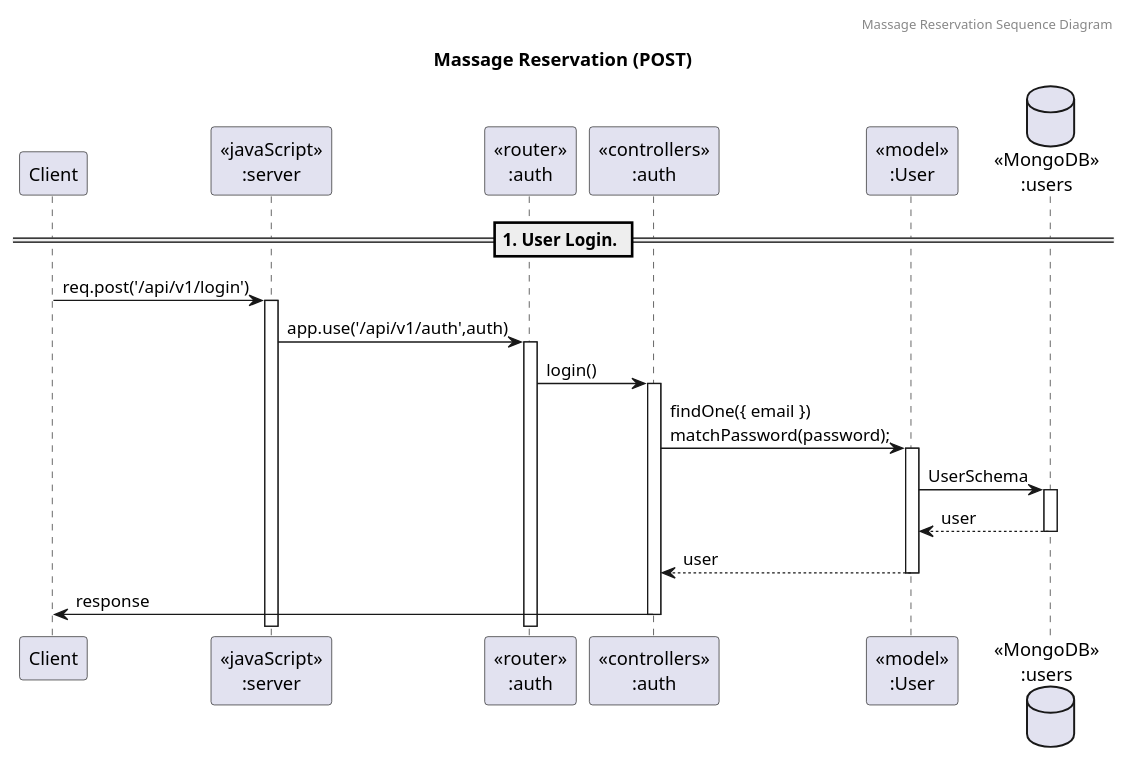
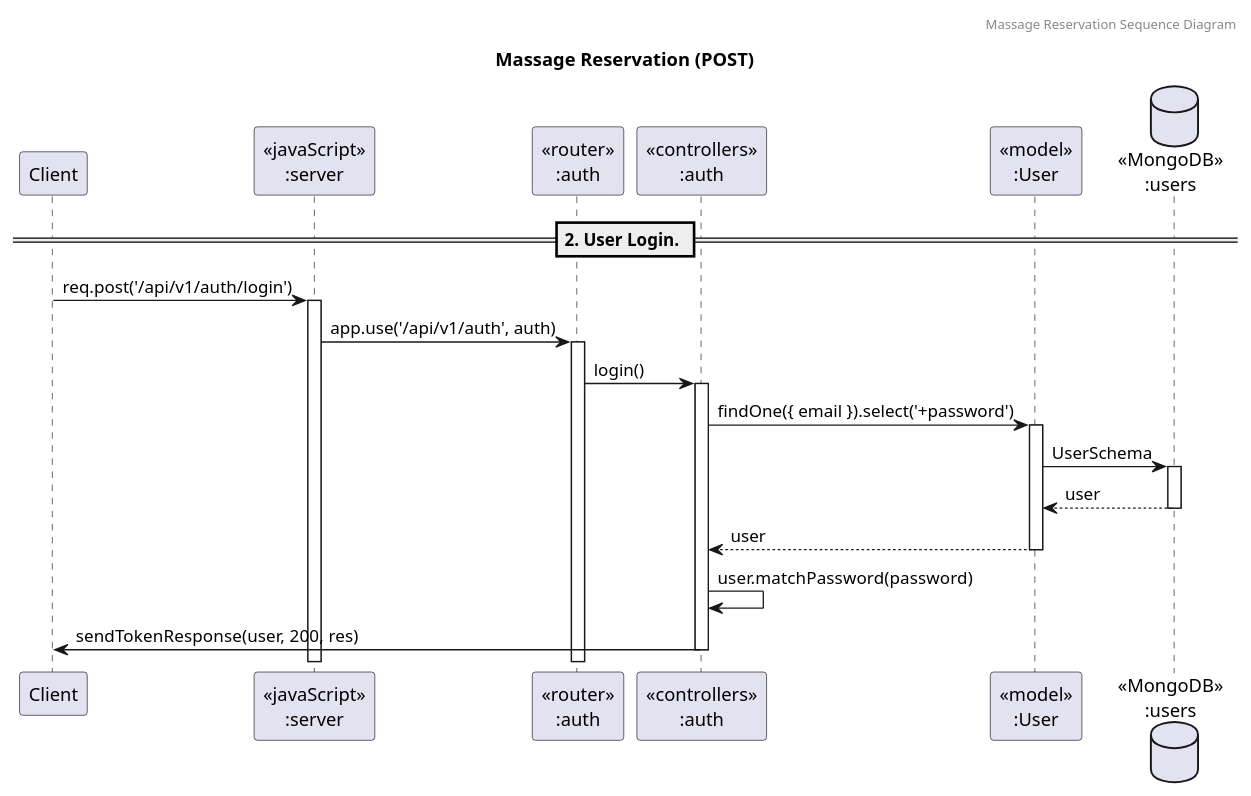
Before and after one commit to 14two-77/be-project-68-fangaodiwa: the diagram in docs/sequence-diagram/sequence-diagram_2.puml, drawn with PlantUML. The commit also changed 26 other files, not shown here.

Commit message:
add diagram

```diff
--- a/docs/sequence-diagram/sequence-diagram_2.puml
+++ b/docs/sequence-diagram/sequence-diagram_2.puml
@@ -1,24 +1,25 @@
 @startuml sequence-diagram
 
 header Massage Reservation Sequence Diagram
 title "Massage Reservation (POST)"
 
 participant "Client" as client
 participant "<<javaScript>>\n:server" as server
 participant "<<router>>\n:auth" as routerAuth
 participant "<<controllers>>\n:auth" as controllersAuth
 participant "<<model>>\n:User" as modelUser
 database "<<MongoDB>>\n:users" as  usersDatabase
 
-== 1. User Login. ==
+== 2. User Login. ==
 
-client -> server ++: req.post('/api/v1/login')
-server -> routerAuth ++: app.use('/api/v1/auth',auth)
+client -> server ++: req.post('/api/v1/auth/login')
+server -> routerAuth ++: app.use('/api/v1/auth', auth)
 routerAuth -> controllersAuth ++: login()
-controllersAuth -> modelUser ++: findOne({ email })\nmatchPassword(password);
+controllersAuth -> modelUser ++: findOne({ email }).select('+password')
 modelUser -> usersDatabase ++: UserSchema
 usersDatabase --> modelUser --: user
 controllersAuth <-- modelUser --: user
-controllersAuth -> client --: response
+controllersAuth -> controllersAuth: user.matchPassword(password)
+controllersAuth -> client --: sendTokenResponse(user, 200, res)
 
 @enduml
```
